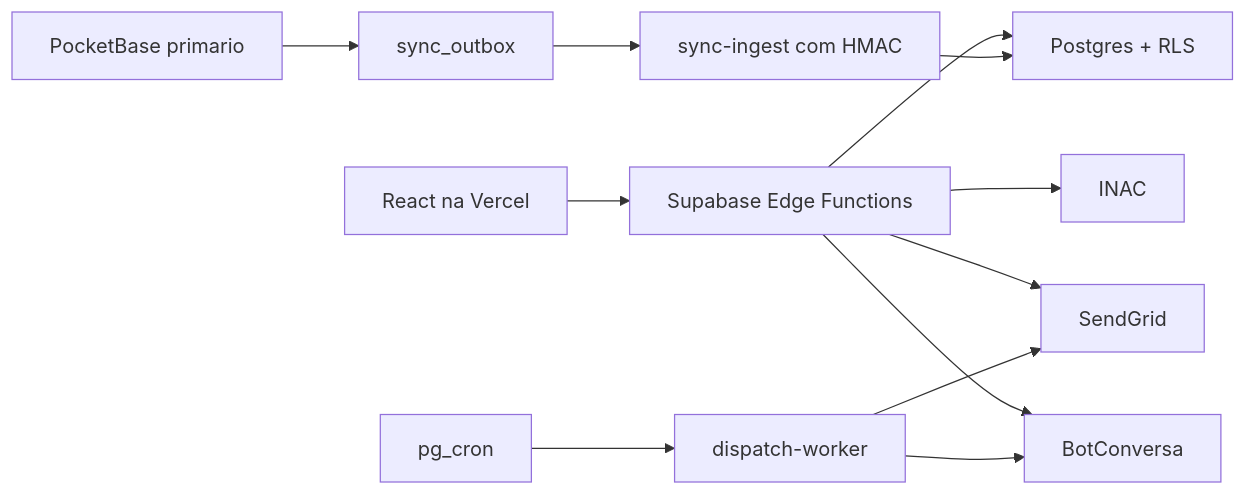
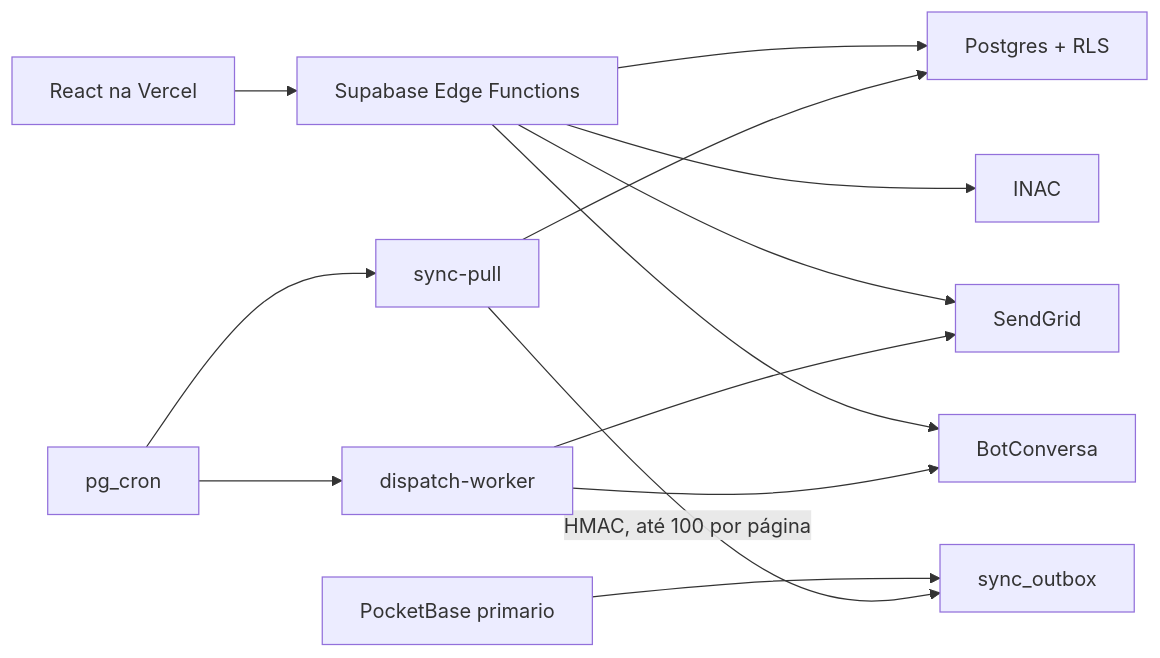
The diagram in README.md (JBonfim99/adapta-summit-2026-checkin-supabase), drawn with Mermaid before and after one commit. The commit also changed other lines of this file and 44 other files, not shown here.

````diff
--- a/README.md
+++ b/README.md
@@ -23,14 +23,15 @@
 ```mermaid
 flowchart LR
   Browser["React na Vercel"] --> Functions["Supabase Edge Functions"]
   Functions --> Database["Postgres + RLS"]
   Functions --> Inac["INAC"]
   Functions --> SendGrid["SendGrid"]
   Functions --> BotConversa["BotConversa"]
   Cron["pg_cron"] --> Worker["dispatch-worker"]
+  Cron --> Pull["sync-pull"]
   Worker --> SendGrid
   Worker --> BotConversa
   PocketBase["PocketBase primario"] --> Outbox["sync_outbox"]
-  Outbox --> Ingest["sync-ingest com HMAC"]
-  Ingest --> Database
+  Pull -->|"HMAC, até 100 por página"| Outbox
+  Pull --> Database
 ```
````
